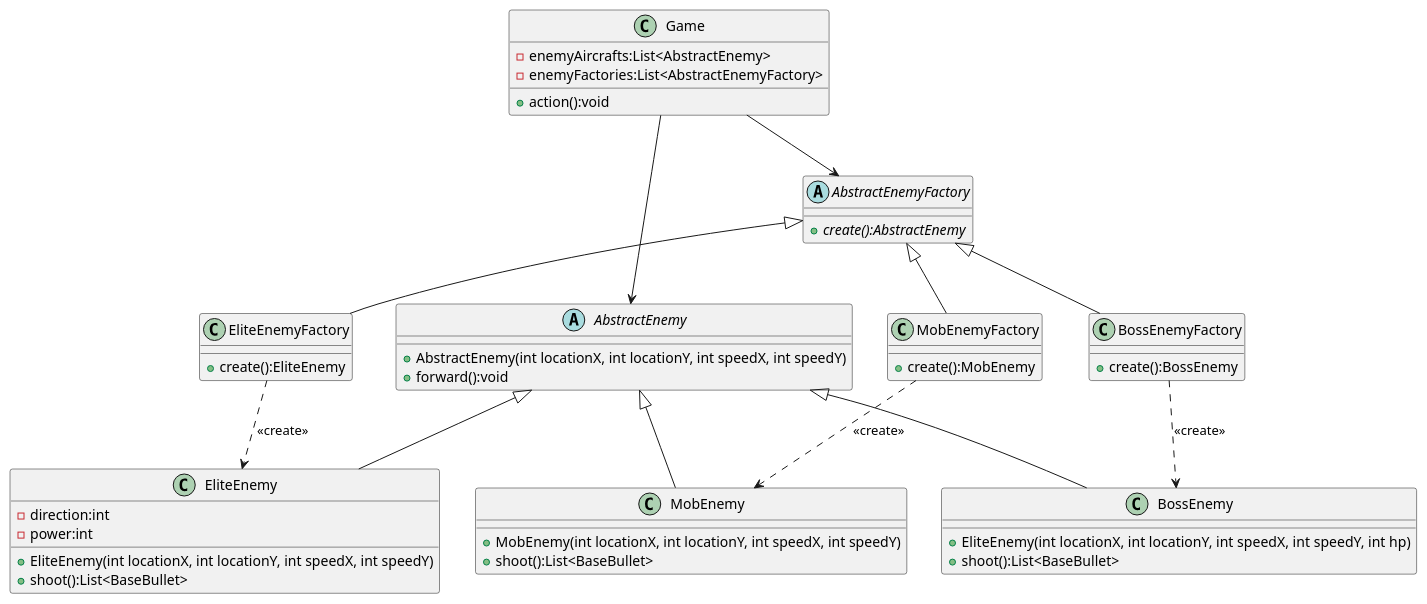
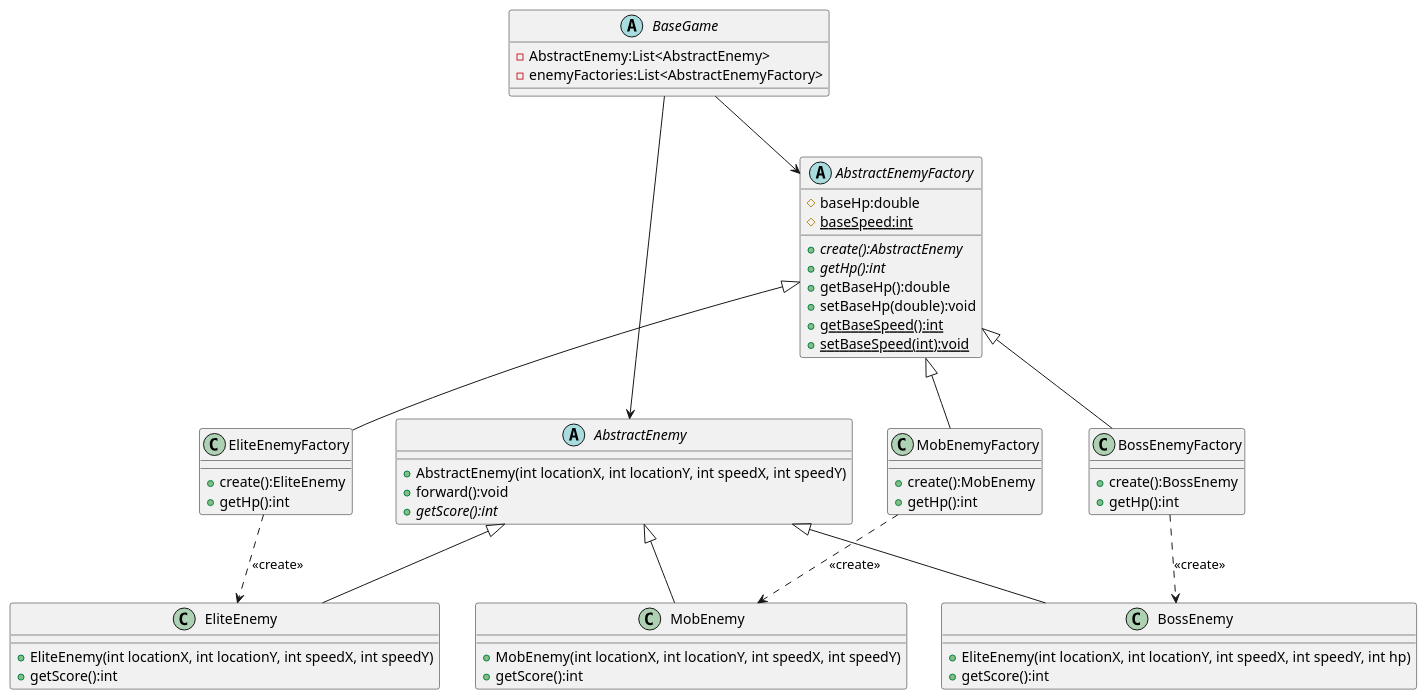
The diagram in uml/EnemyFactory.puml (linkfqy/AircraftWar), drawn with PlantUML before and after one commit. The commit also changed 7 other files, not shown here.

Commit message:
更新了UML类图

```diff
--- a/uml/EnemyFactory.puml
+++ b/uml/EnemyFactory.puml
@@ -1,56 +1,64 @@
 @startuml
 abstract class AbstractEnemyFactory{
+    # baseHp:double
+    # {static} baseSpeed:int
     + {abstract} create():AbstractEnemy
+    + {abstract} getHp():int
+    + getBaseHp():double
+    + setBaseHp(double):void
+    + {static} getBaseSpeed():int
+    + {static} setBaseSpeed(int):void
 }
 class MobEnemyFactory{
     + create():MobEnemy
+    + getHp():int
 }
 class EliteEnemyFactory{
     + create():EliteEnemy
+    + getHp():int
 }
 class BossEnemyFactory{
     + create():BossEnemy
+    + getHp():int
 }
 
 AbstractEnemyFactory <|-- MobEnemyFactory
 AbstractEnemyFactory <|-- EliteEnemyFactory
 AbstractEnemyFactory <|-- BossEnemyFactory
 
 abstract class AbstractEnemy {
     + AbstractEnemy(int locationX, int locationY, int speedX, int speedY)
     + forward():void
+    + {abstract} getScore():int
 }
 
 class MobEnemy {
     + MobEnemy(int locationX, int locationY, int speedX, int speedY)
-    + shoot():List<BaseBullet>
+    + getScore():int
 }
 
 class EliteEnemy {
-    - direction:int
-    - power:int
     + EliteEnemy(int locationX, int locationY, int speedX, int speedY)
-    + shoot():List<BaseBullet>
+    + getScore():int
 }
 
 class BossEnemy {
     + EliteEnemy(int locationX, int locationY, int speedX, int speedY, int hp)
-    + shoot():List<BaseBullet>
+    + getScore():int
 }
 
 AbstractEnemy <|-- MobEnemy
 AbstractEnemy <|-- EliteEnemy
 AbstractEnemy <|-- BossEnemy
 MobEnemyFactory ..> MobEnemy : <<create>>
 EliteEnemyFactory ..> EliteEnemy : <<create>>
 BossEnemyFactory ..> BossEnemy : <<create>>
 
-class Game {
-    - enemyAircrafts:List<AbstractEnemy>
+abstract class BaseGame {
+    - AbstractEnemy:List<AbstractEnemy>
     - enemyFactories:List<AbstractEnemyFactory>
-    + action():void
 }
 
-Game --> AbstractEnemyFactory
-Game --> AbstractEnemy
+BaseGame --> AbstractEnemyFactory
+BaseGame --> AbstractEnemy
 @enduml
```
